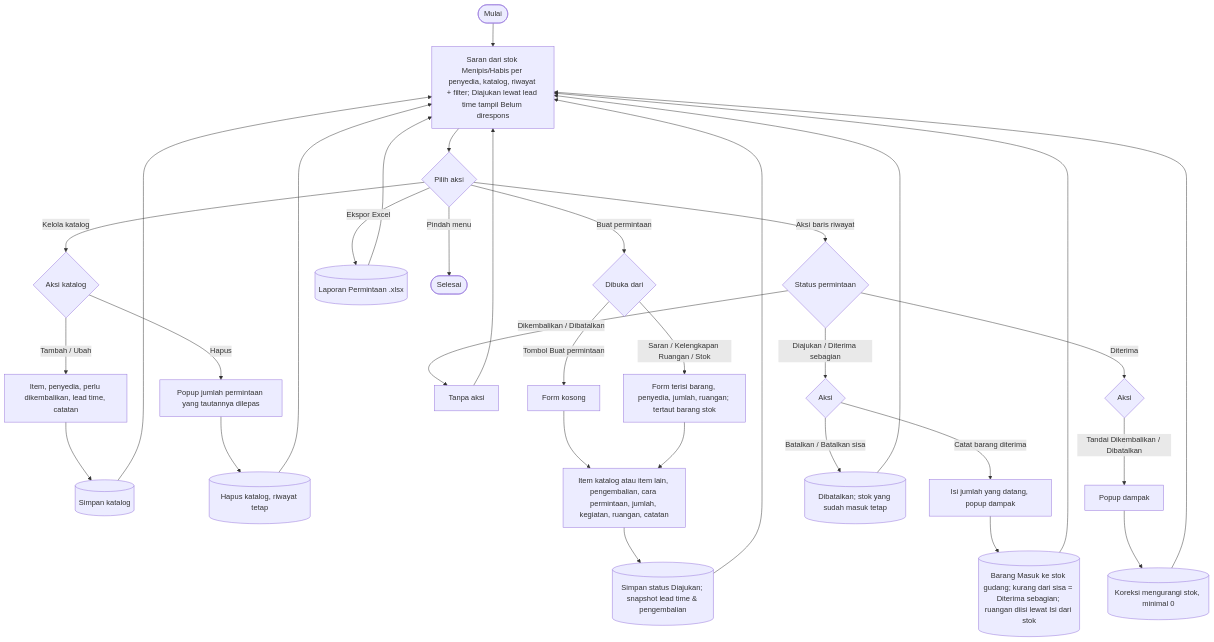
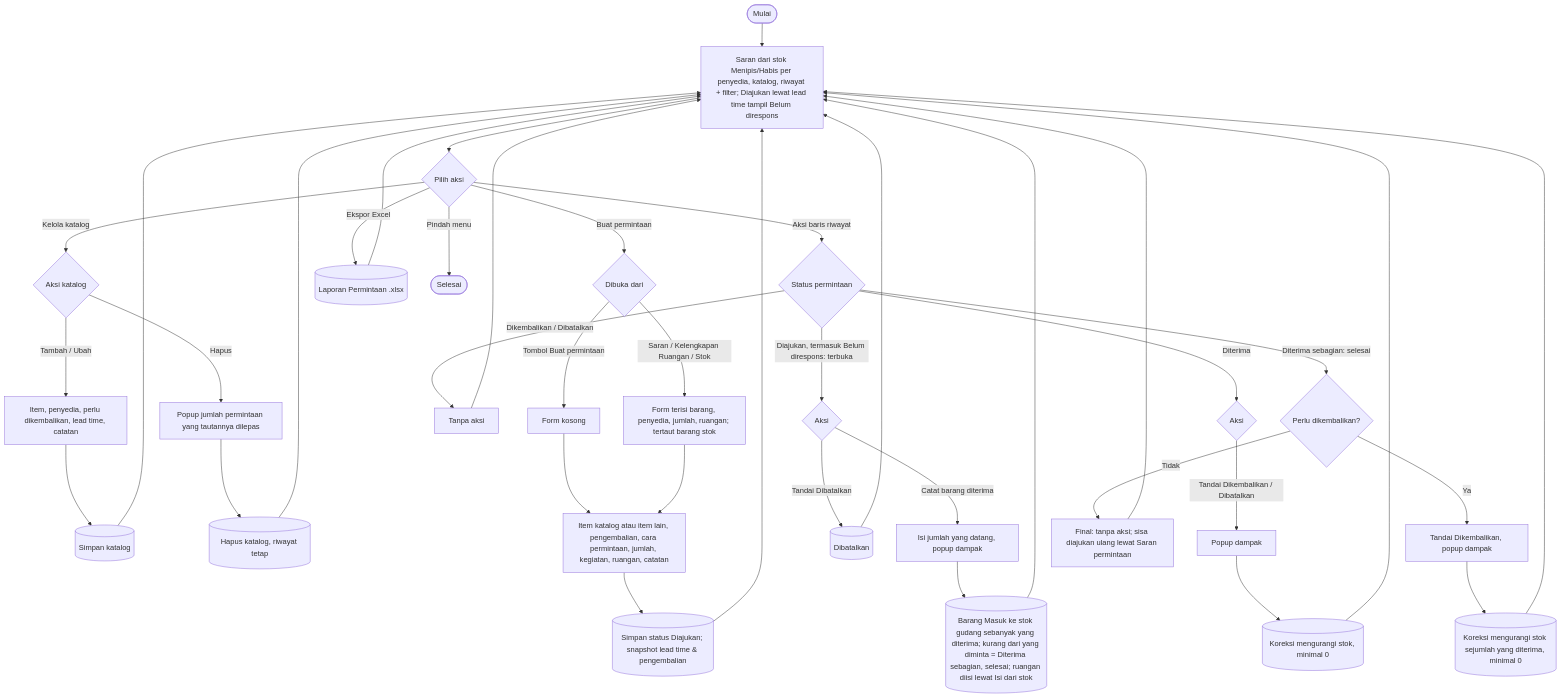
One commit to mrizqihidayat/system-tracking-asset changed the seventh of 11 diagrams in docs/flowchart.md. Above: the diagram before and after it, drawn with Mermaid. The commit also changed 13 other files, not shown here.

First line of the commit message:
T37: Diterima sebagian menjadi status selesai (final), bukan terbuka

````diff
--- a/docs/flowchart.md
+++ b/docs/flowchart.md
@@ -211,22 +211,25 @@
 ```mermaid
 flowchart TD
     A([Mulai]) --> B[Saran dari stok Menipis/Habis per penyedia, katalog, riwayat + filter; Diajukan lewat lead time tampil Belum direspons]
     B --> C{Pilih aksi}
     C -- Kelola katalog --> K0{Aksi katalog}
     K0 -- Tambah / Ubah --> K1[Item, penyedia, perlu dikembalikan, lead time, catatan] --> K2[(Simpan katalog)] --> B
     K0 -- Hapus --> K4[Popup jumlah permintaan yang tautannya dilepas] --> K5[(Hapus katalog, riwayat tetap)] --> B
     C -- Buat permintaan --> P0{Dibuka dari}
     P0 -- Tombol Buat permintaan --> P1[Form kosong]
     P0 -- Saran / Kelengkapan Ruangan / Stok --> P1a[Form terisi barang, penyedia, jumlah, ruangan; tertaut barang stok]
     P1 & P1a --> P2[Item katalog atau item lain, pengembalian, cara permintaan, jumlah, kegiatan, ruangan, catatan]
     P2 --> P3[(Simpan status Diajukan; snapshot lead time & pengembalian)] --> B
     C -- Aksi baris riwayat --> U0{Status permintaan}
     U0 -- Dikembalikan / Dibatalkan --> U3[Tanpa aksi] --> B
-    U0 -- Diajukan / Diterima sebagian --> U1{Aksi}
-    U1 -- Catat barang diterima --> M1[Isi jumlah yang datang, popup dampak] --> I1[(Barang Masuk ke stok gudang; kurang dari sisa = Diterima sebagian; ruangan diisi lewat Isi dari stok)] --> B
-    U1 -- Batalkan / Batalkan sisa --> I2[(Dibatalkan; stok yang sudah masuk tetap)] --> B
+    U0 -- Diajukan, termasuk Belum direspons: terbuka --> U1{Aksi}
+    U1 -- Catat barang diterima --> M1[Isi jumlah yang datang, popup dampak] --> I1[(Barang Masuk ke stok gudang sebanyak yang diterima; kurang dari yang diminta = Diterima sebagian, selesai; ruangan diisi lewat Isi dari stok)] --> B
+    U1 -- Tandai Dibatalkan --> I2[(Dibatalkan)] --> B
     U0 -- Diterima --> U2{Aksi}
     U2 -- Tandai Dikembalikan / Dibatalkan --> M3[Popup dampak] --> I3[(Koreksi mengurangi stok, minimal 0)] --> B
+    U0 -- Diterima sebagian: selesai --> U4{Perlu dikembalikan?}
+    U4 -- Ya --> U5[Tandai Dikembalikan, popup dampak] --> I4[(Koreksi mengurangi stok sejumlah yang diterima, minimal 0)] --> B
+    U4 -- Tidak --> U6[Final: tanpa aksi; sisa diajukan ulang lewat Saran permintaan] --> B
     C -- Ekspor Excel --> X1[(Laporan Permintaan .xlsx)] --> B
     C -- Pindah menu --> Z([Selesai])
 ```
````
